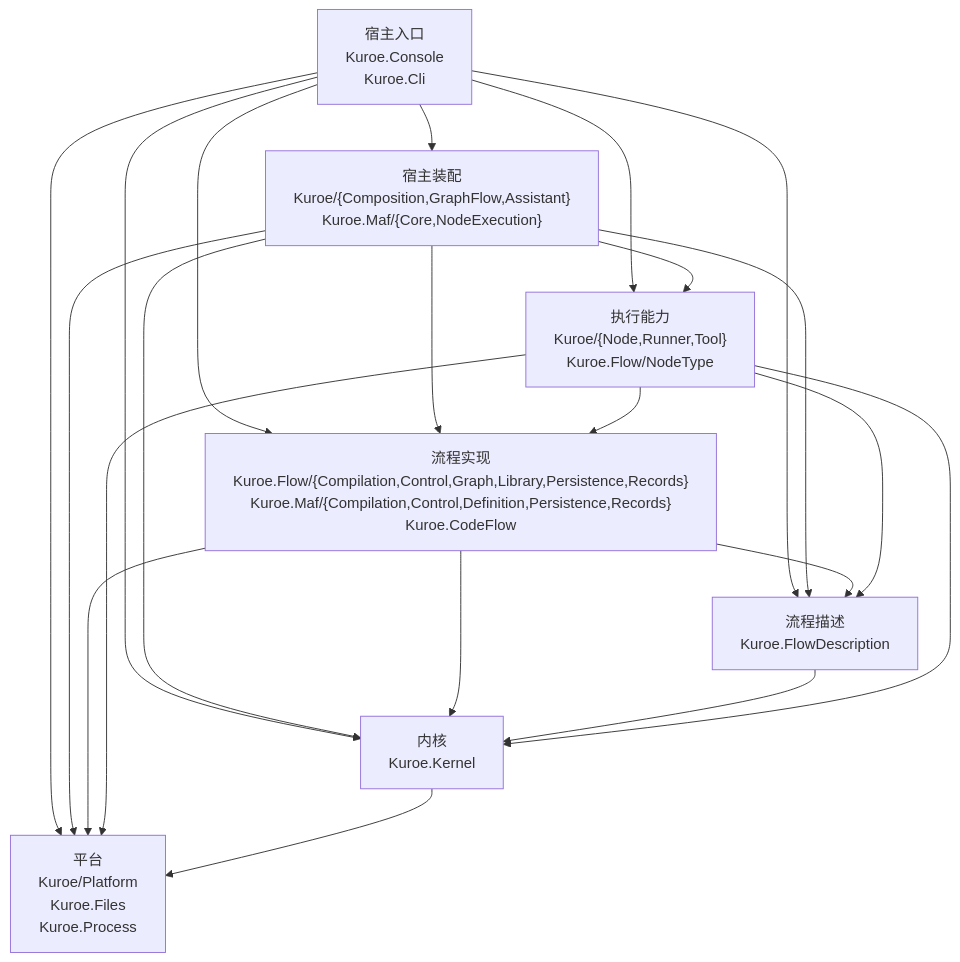
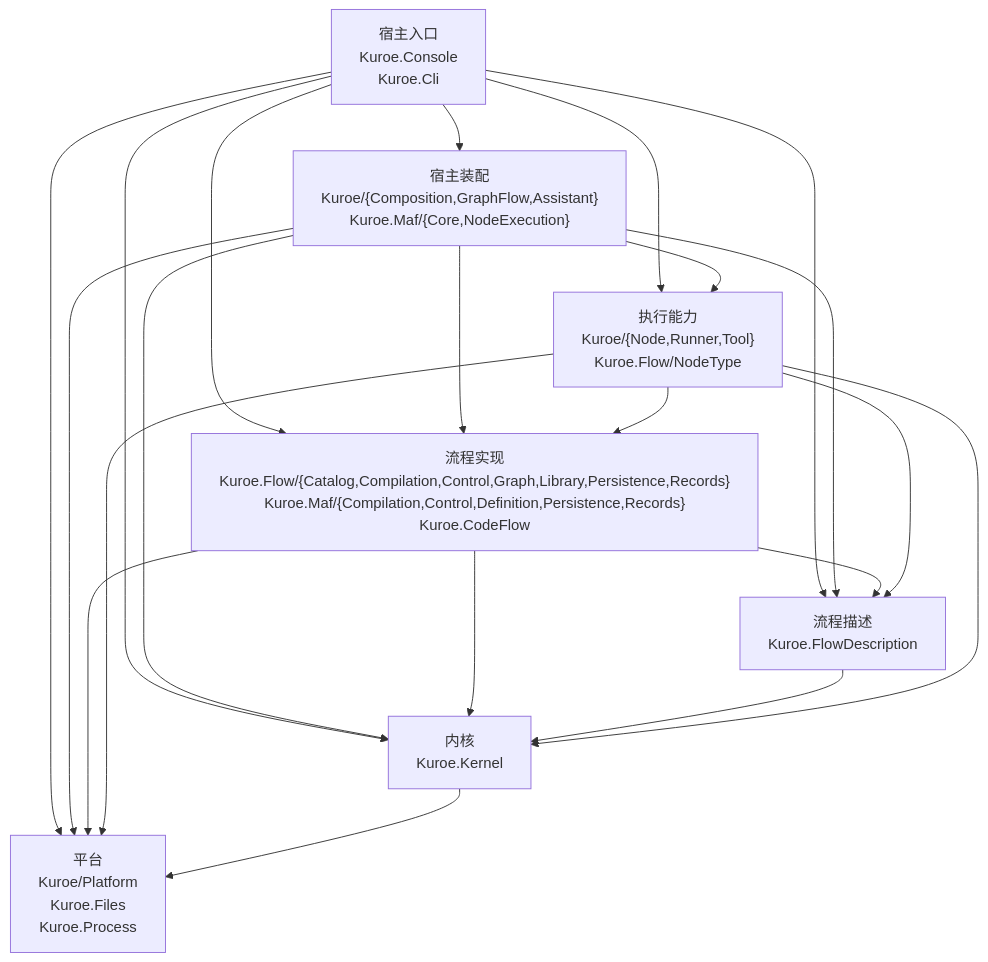
Before and after one commit to DrMelt/Kuroe: the diagram in docs/dev/architecture/functional-boundary/index.md, drawn with Mermaid. The commit also changed 19 other files, not shown here.

````diff
--- a/docs/dev/architecture/functional-boundary/index.md
+++ b/docs/dev/architecture/functional-boundary/index.md
@@ -3,31 +3,31 @@
 ```mermaid
 flowchart TD
     LEntry["宿主入口<br>Kuroe.Console<br>Kuroe.Cli"]
     LAssembly["宿主装配<br>Kuroe/{Composition,GraphFlow,Assistant}<br>Kuroe.Maf/{Core,NodeExecution}"]
-    LFlow["流程实现<br>Kuroe.Flow/{Compilation,Control,Graph,Library,Persistence,Records}<br>Kuroe.Maf/{Compilation,Control,Definition,Persistence,Records}<br>Kuroe.CodeFlow"]
+    LFlow["流程实现<br>Kuroe.Flow/{Catalog,Compilation,Control,Graph,Library,Persistence,Records}<br>Kuroe.Maf/{Compilation,Control,Definition,Persistence,Records}<br>Kuroe.CodeFlow"]
     LDescription["流程描述<br>Kuroe.FlowDescription"]
     LAbility["执行能力<br>Kuroe/{Node,Runner,Tool}<br>Kuroe.Flow/NodeType"]
     LKernel["内核<br>Kuroe.Kernel"]
     LPlatform["平台<br>Kuroe/Platform<br>Kuroe.Files<br>Kuroe.Process"]
 
     LEntry --> LAssembly
     LEntry --> LFlow
     LEntry --> LDescription
     LEntry --> LAbility
     LEntry --> LKernel
     LEntry --> LPlatform
     LAssembly --> LFlow
     LAssembly --> LDescription
     LAssembly --> LAbility
     LAssembly --> LKernel
     LAssembly --> LPlatform
     LFlow --> LDescription
     LFlow --> LKernel
     LFlow --> LPlatform
     LDescription --> LKernel
     LAbility --> LFlow
     LAbility --> LDescription
     LAbility --> LKernel
     LAbility --> LPlatform
     LKernel --> LPlatform
 ```
````
